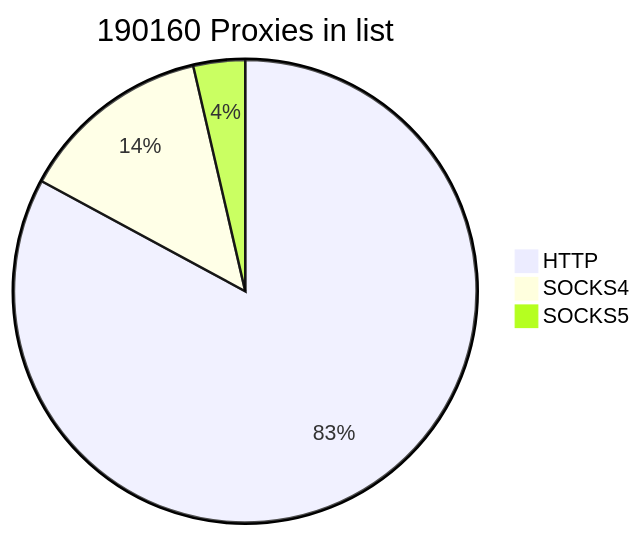
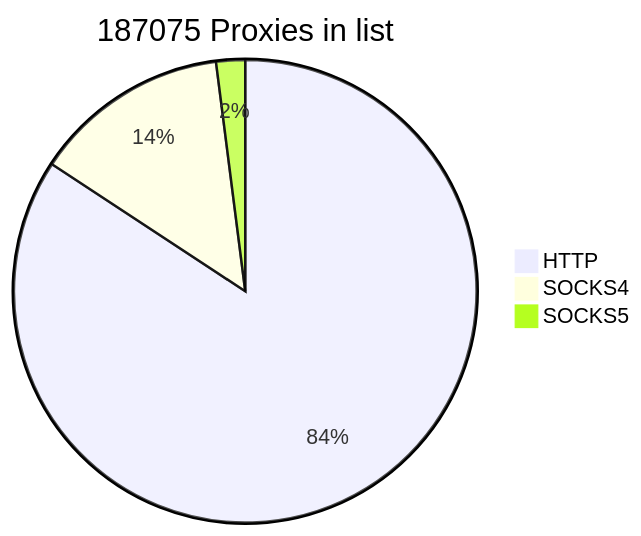
Before and after one commit to cutipu/proxylist: the first of 2 diagrams in README.md, drawn with Mermaid. The commit also changed other lines of this file, not shown here.

````diff
--- a/README.md
+++ b/README.md
@@ -2,7 +2,7 @@
 ```mermaid
-pie title 190160 Proxies in list
+pie title 187075 Proxies in list
     "HTTP" : 157620
     "SOCKS4" : 25672
-    "SOCKS5" : 6868
+    "SOCKS5" : 3783
             
 ```
````
